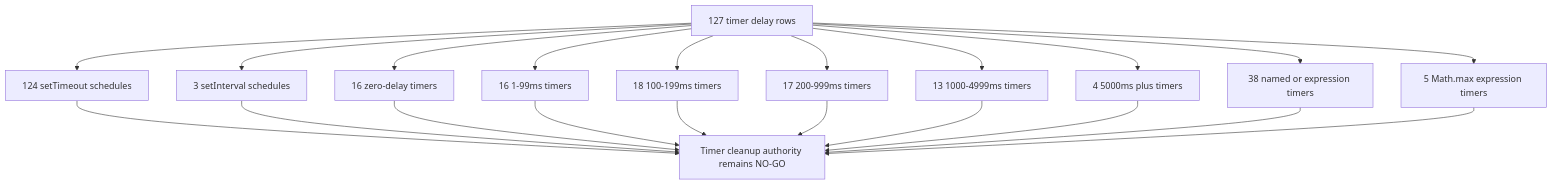
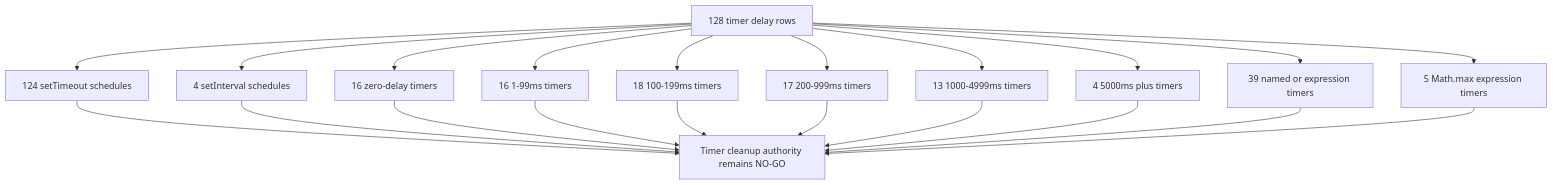
Before and after one commit to varshneydevansh/FilterTube: diagram 17 of 47 in docs/audit/FILTERTUBE_LIFECYCLE_INSTANCE_REGISTER_2026-05-18.md, drawn with Mermaid. The commit also changed other lines of this file and 711 other files, not shown here.

````diff
--- a/docs/audit/FILTERTUBE_LIFECYCLE_INSTANCE_REGISTER_2026-05-18.md
+++ b/docs/audit/FILTERTUBE_LIFECYCLE_INSTANCE_REGISTER_2026-05-18.md
@@ -1531,23 +1531,23 @@
 ```mermaid
 flowchart TD
-  A["127 timer delay rows"] --> B["124 setTimeout schedules"]
-  A --> C["3 setInterval schedules"]
+  A["128 timer delay rows"] --> B["124 setTimeout schedules"]
+  A --> C["4 setInterval schedules"]
   A --> D["16 zero-delay timers"]
   A --> E["16 1-99ms timers"]
   A --> F["18 100-199ms timers"]
   A --> G["17 200-999ms timers"]
   A --> H["13 1000-4999ms timers"]
   A --> I["4 5000ms plus timers"]
-  A --> J["38 named or expression timers"]
+  A --> J["39 named or expression timers"]
   A --> K["5 Math.max expression timers"]
   B --> L["Timer cleanup authority remains NO-GO"]
   C --> L
   D --> L
   E --> L
   F --> L
   G --> L
   H --> L
   I --> L
   J --> L
   K --> L
 ```
````
